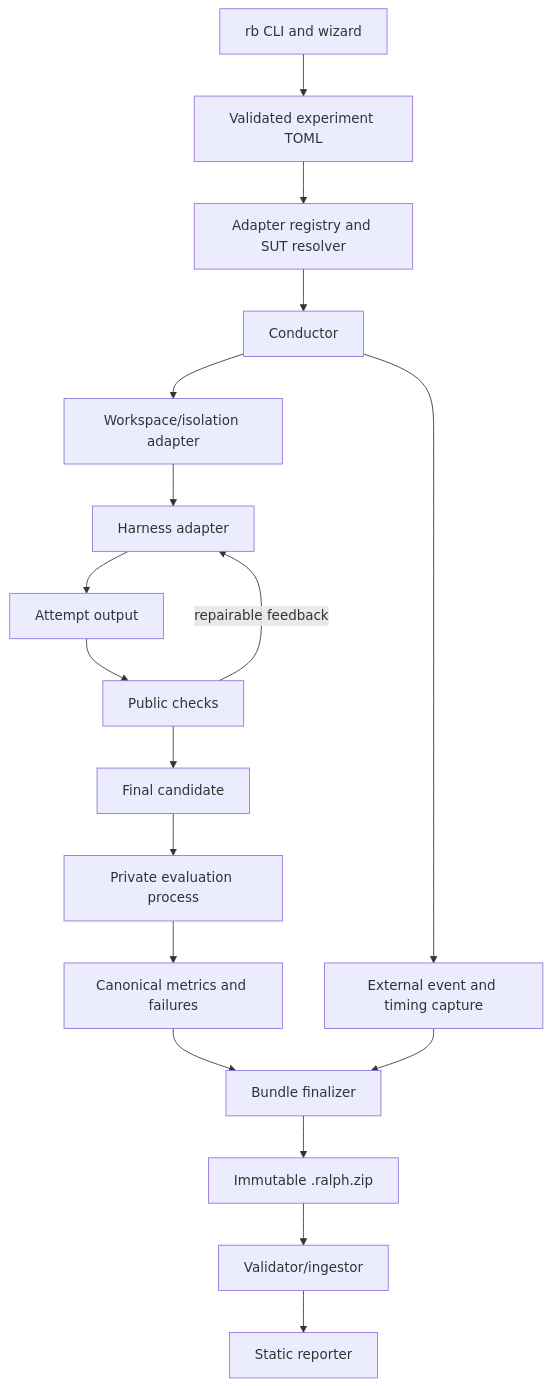
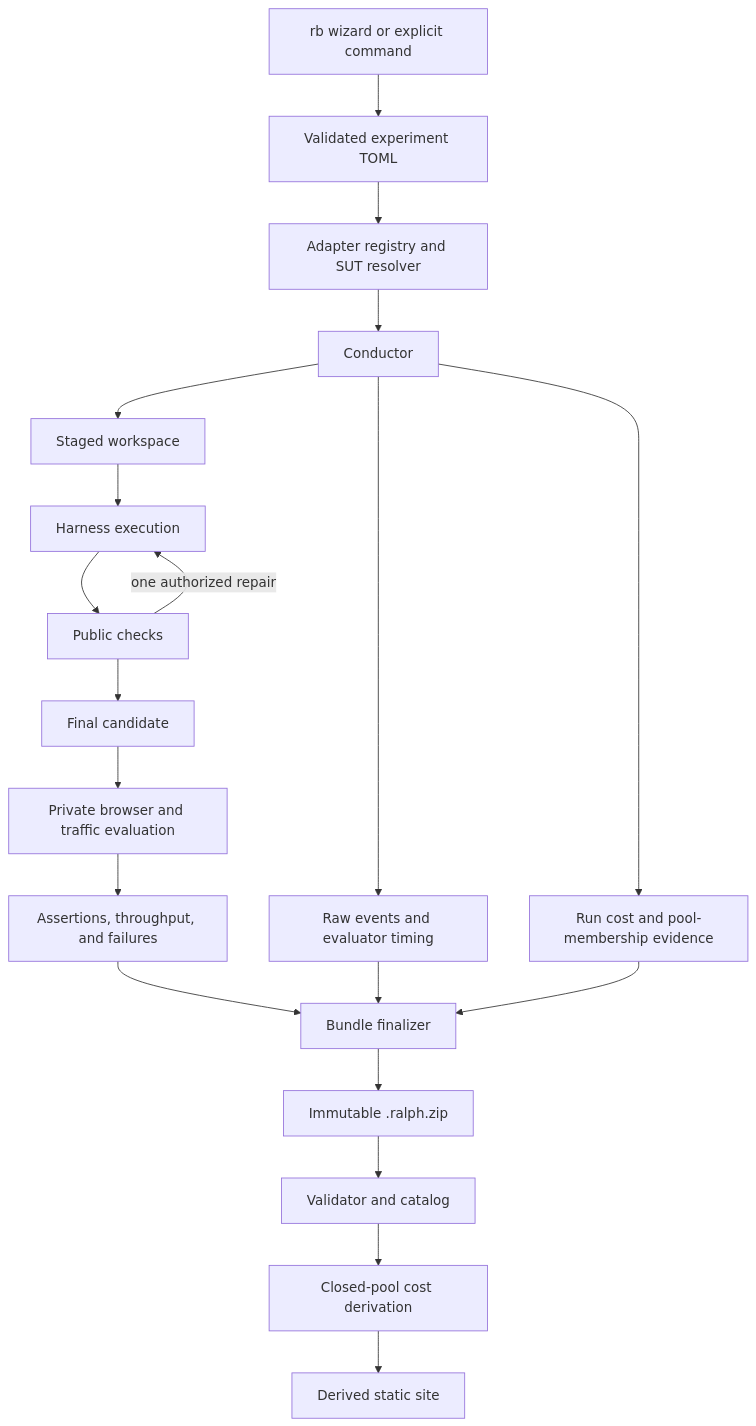
One commit to jeffgrover/ralph-bench changed the diagram in docs/P0_PLAN.md. Above: the diagram before and after it, drawn with Mermaid. The commit also changed other lines of this file and 17 other files, not shown here.

````diff
--- a/docs/P0_PLAN.md
+++ b/docs/P0_PLAN.md
@@ -182,20 +198,22 @@
 ```mermaid
 flowchart TB
-    CLI["rb CLI and wizard"] --> EXP["Validated experiment TOML"]
+    CLI["rb wizard or explicit command"] --> EXP["Validated experiment TOML"]
     EXP --> RES["Adapter registry and SUT resolver"]
     RES --> CON["Conductor"]
-    CON --> ISO["Workspace/isolation adapter"]
-    ISO --> RUN["Harness adapter"]
-    RUN --> ATT["Attempt output"]
-    ATT --> PUB["Public checks"]
-    PUB -->|repairable feedback| RUN
+    CON --> ISO["Staged workspace"]
+    ISO --> RUN["Harness execution"]
+    RUN --> PUB["Public checks"]
+    PUB -->|one authorized repair| RUN
     PUB --> FIN["Final candidate"]
-    FIN --> PRIV["Private evaluation process"]
-    PRIV --> MET["Canonical metrics and failures"]
-    CON --> EVT["External event and timing capture"]
+    FIN --> PRIV["Private browser and traffic evaluation"]
+    PRIV --> MET["Assertions, throughput, and failures"]
+    CON --> EVT["Raw events and evaluator timing"]
+    CON --> CE["Run cost and pool-membership evidence"]
     MET --> BUN["Bundle finalizer"]
     EVT --> BUN
+    CE --> BUN
     BUN --> ZIP["Immutable .ralph.zip"]
-    ZIP --> ING["Validator/ingestor"]
-    ING --> SITE["Static reporter"]
+    ZIP --> ING["Validator and catalog"]
+    ING --> COST["Closed-pool cost derivation"]
+    COST --> SITE["Derived static site"]
 ```
````
